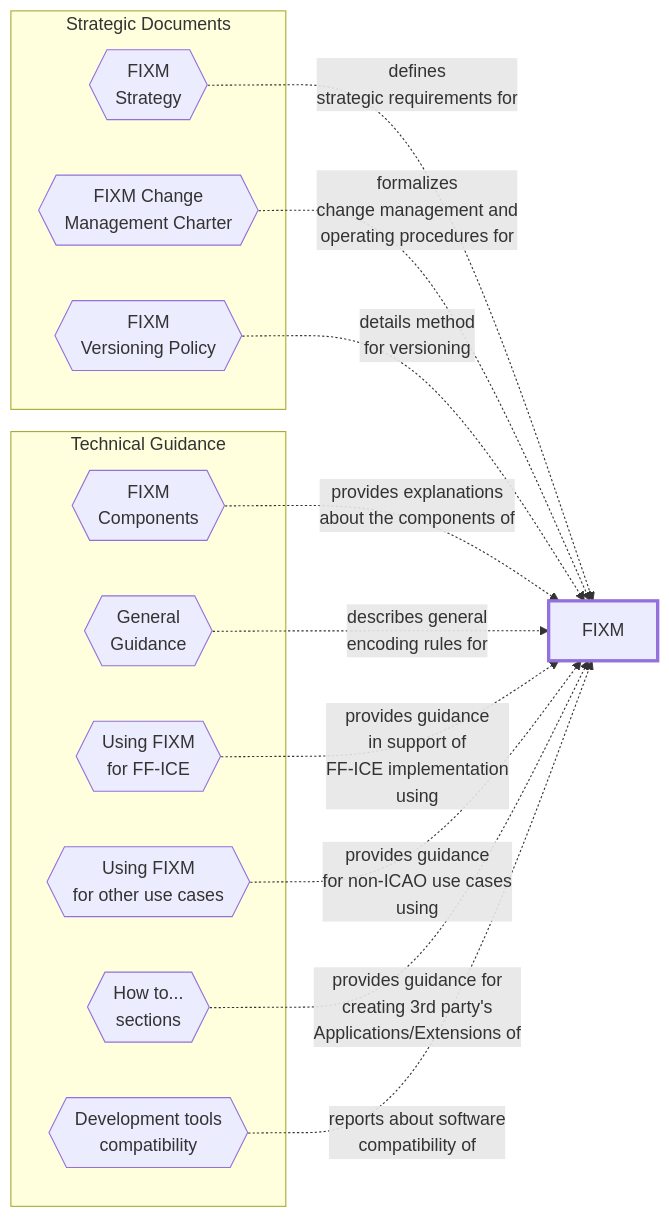
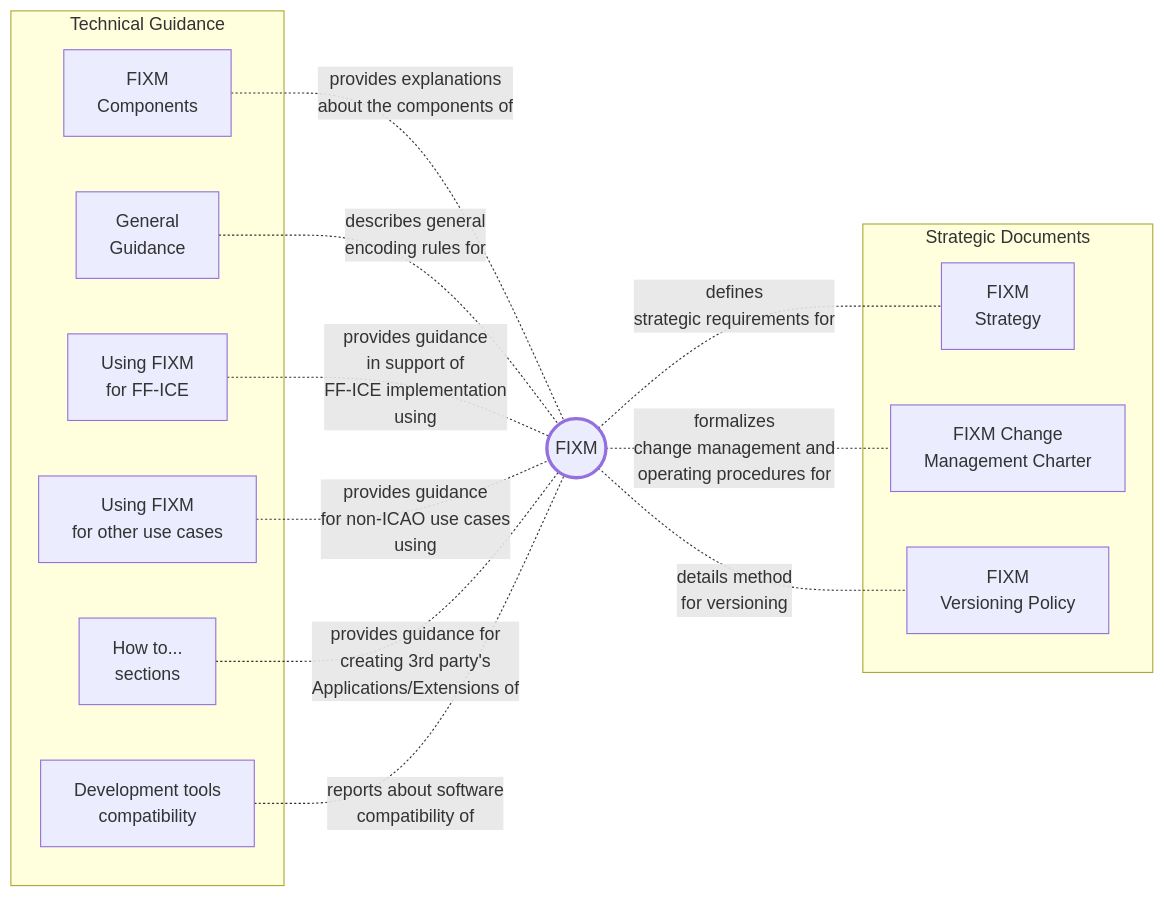
Before and after one commit to fixm-ccb/fixm-user-manual-4.3.0-testing: the diagram in docs/home.md, drawn with Mermaid.

````diff
--- a/docs/home.md
+++ b/docs/home.md
@@ -16,45 +16,45 @@
 ```mermaid
 graph LR
 
-FIXM
+FIXM((FIXM))
 
 subgraph Strategic Documents
-STRATEGY{{FIXM<br>Strategy}}
-CHARTER{{FIXM Change<br>Management Charter}}
-VERSIONING{{FIXM<br>Versioning Policy}}
-%% RELEASEPLAN{{FIXM<br>Release Plan}}
+STRATEGY[FIXM<br>Strategy]
+CHARTER[FIXM Change<br>Management Charter]
+VERSIONING[FIXM<br>Versioning Policy]
 end
 
 subgraph Technical Guidance
-FIXM_COMPONENTS{{FIXM<br>Components}}
-GENERAL_GUIDANCE{{General<br>Guidance}}
-FIXM_FOR_FFICE{{Using FIXM<br>for FF-ICE}}
-FIXM_FOR_OTHER_USE{{Using FIXM<br>for other use cases}}
-HOW_TO{{How to...<br>sections}}
-FIXM_DEV_TOOLS_COMPATIBILITY{{Development tools<br>compatibility}}
+FIXM_COMPONENTS[FIXM<br>Components]
+GENERAL_GUIDANCE[General<br>Guidance]
+FIXM_FOR_FFICE[Using FIXM<br>for FF-ICE]
+FIXM_FOR_OTHER_USE[Using FIXM<br>for other use cases]
+HOW_TO[How to...<br>sections]
+FIXM_DEV_TOOLS_COMPATIBILITY[Development tools<br>compatibility]
 end
 
-STRATEGY-. defines<br>strategic requirements for .-> FIXM
-CHARTER-.  formalizes<br>change management and<br>operating procedures for .-> FIXM
-VERSIONING-.  details method<br>for versioning .-> FIXM 
+FIXM -. defines<br>strategic requirements for .- STRATEGY
+FIXM -.  formalizes<br>change management and<br>operating procedures for .- CHARTER
+FIXM -.  details method<br>for versioning .- VERSIONING
 
-FIXM_COMPONENTS-. provides explanations<br>about the components of .-> FIXM
-GENERAL_GUIDANCE-. describes general<br>encoding rules for .-> FIXM
-FIXM_FOR_FFICE-. provides guidance<br>in support of<br>FF-ICE implementation<br>using .-> FIXM
-FIXM_FOR_OTHER_USE-. provides guidance<br>for non-ICAO use cases<br>using.-> FIXM
-HOW_TO-. provides guidance for<br>creating 3rd party's<br>Applications/Extensions of .-> FIXM
-FIXM_DEV_TOOLS_COMPATIBILITY-. reports about software<br>compatibility of.-> FIXM
+
+FIXM_COMPONENTS-. provides explanations<br>about the components of .- FIXM
+GENERAL_GUIDANCE-. describes general<br>encoding rules for .- FIXM
+FIXM_FOR_FFICE-. provides guidance<br>in support of<br>FF-ICE implementation<br>using .- FIXM
+FIXM_FOR_OTHER_USE-. provides guidance<br>for non-ICAO use cases<br>using.- FIXM
+HOW_TO-. provides guidance for<br>creating 3rd party's<br>Applications/Extensions of .- FIXM
+FIXM_DEV_TOOLS_COMPATIBILITY-. reports about software<br>compatibility of.- FIXM
 
 style FIXM stroke-width:3px
 
 click STRATEGY "https://fixm-ccb.github.io/fixm-user-manual-4.3.0-testing/#/strategic-docs/strategy" "Browse the FIXM Strategy"
 click CHARTER "https://fixm-ccb.github.io/fixm-user-manual-4.3.0-testing/#/strategic-docs/charter" "Browse the FIXM Change Management Charter"
 click VERSIONING "https://fixm-ccb.github.io/fixm-user-manual-4.3.0-testing/#/strategic-docs/charter" "Browse the FIXM Versioning Policy"
 
 click FIXM_COMPONENTS "https://fixm-ccb.github.io/fixm-user-manual-4.3.0-testing/#/general-guidance/fixm-components-introduction" "Explanations about the main FIXM components"
 click GENERAL_GUIDANCE "https://fixm-ccb.github.io/fixm-user-manual-4.3.0-testing/#/general-guidance/introduction" "The general rules always  applicable to FIXM"
 click FIXM_FOR_FFICE "https://fixm-ccb.github.io/fixm-user-manual-4.3.0-testing/#/fixm-in-support-of-ffice/ffice-application-for-fixm" "Guidance about the use of FIXM for FF-ICE"
 click FIXM_FOR_OTHER_USE "https://fixm-ccb.github.io/fixm-user-manual-4.3.0-testing/#/fixm-for-other-use-cases/using-fixm-core-without-an-application" "Guidance about the usage of FIXM in other contexts"
 click HOW_TO "https://fixm-ccb.github.io/fixm-user-manual-4.3.0-testing/#/how-to-create-application/initial-download-and-setup" "The How to section for FIXM"
 click FIXM_DEV_TOOLS_COMPATIBILITY "https://fixm-ccb.github.io/fixm-user-manual-4.3.0-testing/#/fixm-development-tool-compatibility/introduction" "Information about the compatibility of FIXM with mainstream development tools"
 ```
````
